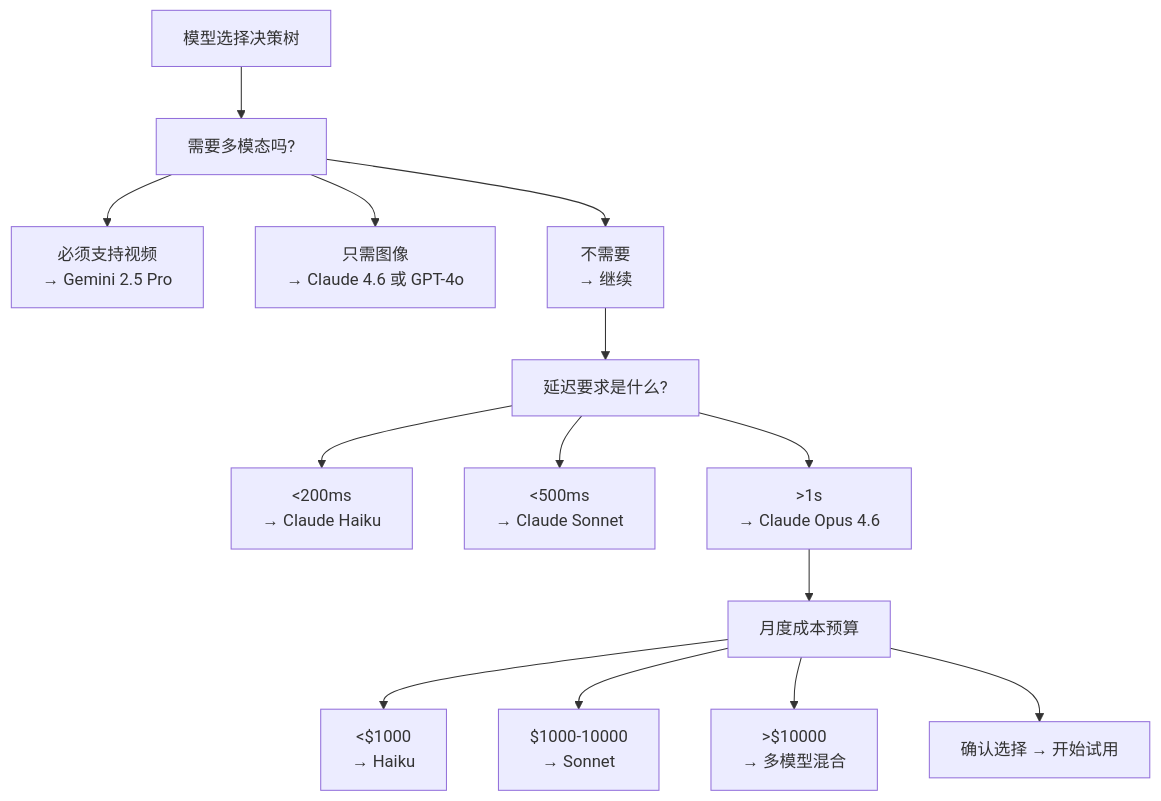
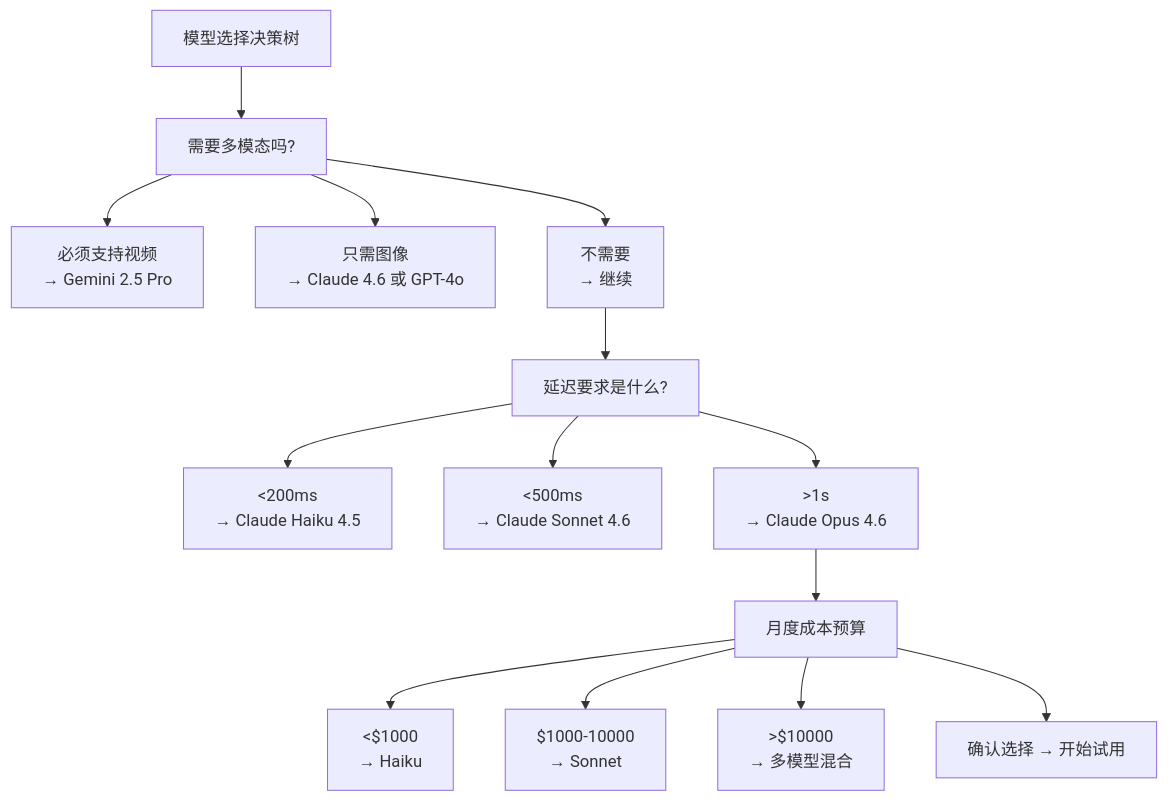
Before and after one commit to yeasy/claude_guide: the first of 3 diagrams in 12_appendix/12.6_model_comparison.md, drawn with Mermaid. The commit also changed other lines of this file and 2 other files, not shown here.

````diff
--- a/12_appendix/12.6_model_comparison.md
+++ b/12_appendix/12.6_model_comparison.md
@@ -536,34 +536,34 @@
 ```mermaid
 graph TD
     A["模型选择决策树"]
     B["需要多模态吗?"]
     B1["必须支持视频<br/>→ Gemini 2.5 Pro"]
     B2["只需图像<br/>→ Claude 4.6 或 GPT-4o"]
     B3["不需要<br/>→ 继续"]
 
     C["延迟要求是什么?"]
-    C1["<200ms<br/>→ Claude Haiku"]
-    C2["<500ms<br/>→ Claude Sonnet"]
+    C1["<200ms<br/>→ Claude Haiku 4.5"]
+    C2["<500ms<br/>→ Claude Sonnet 4.6"]
     C3[">1s<br/>→ Claude Opus 4.6"]
 
     D["月度成本预算"]
     D1["<$1000<br/>→ Haiku"]
     D2["$1000-10000<br/>→ Sonnet"]
     D3[">$10000<br/>→ 多模型混合"]
 
     E["确认选择 → 开始试用"]
 
     A --> B
     B --> B1
     B --> B2
     B --> B3
     B3 --> C
     C --> C1
     C --> C2
     C --> C3
     C3 --> D
     D --> D1
     D --> D2
     D --> D3
     D --> E
 ```
````
